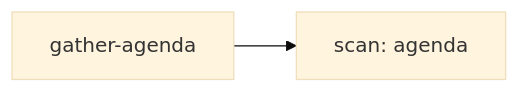
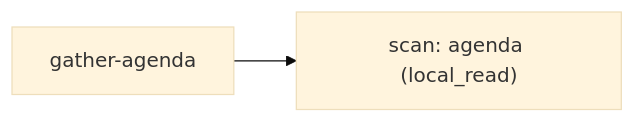
One commit to Jake36999/Librarian_V2 changed diagram 15 of 30 in reports/2026-11-20-workflow-map/WORKFLOW-MAP.md. Above: the diagram before and after it, drawn with Mermaid (base theme). The commit also changed other lines of this file and 6 other files, not shown here.

````diff
--- a/reports/2026-11-20-workflow-map/WORKFLOW-MAP.md
+++ b/reports/2026-11-20-workflow-map/WORKFLOW-MAP.md
@@ -219,6 +219,6 @@
 ```mermaid
 flowchart LR
   s["gather-agenda"]
-  n0["scan: agenda"]
+  n0["scan: agenda (local_read)"]
   s --> n0
 ```
````
